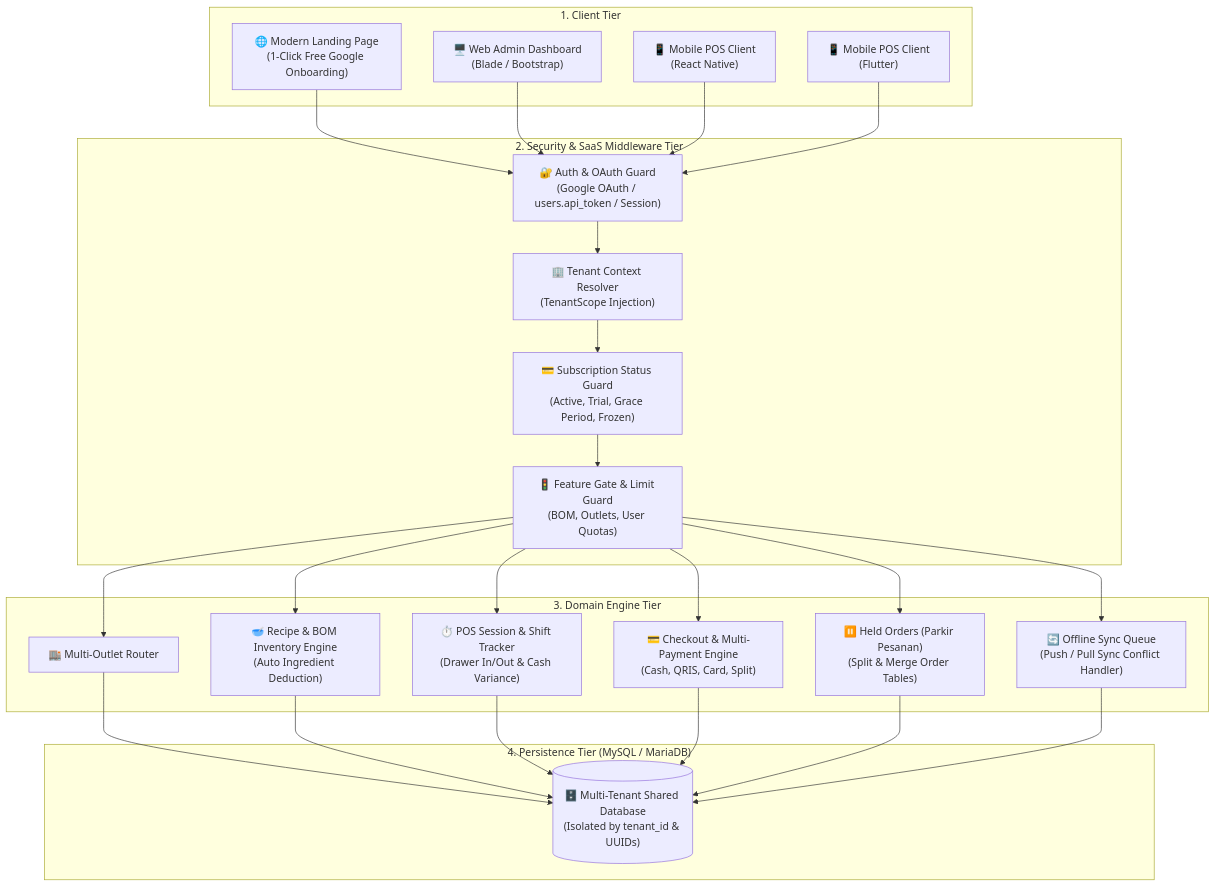
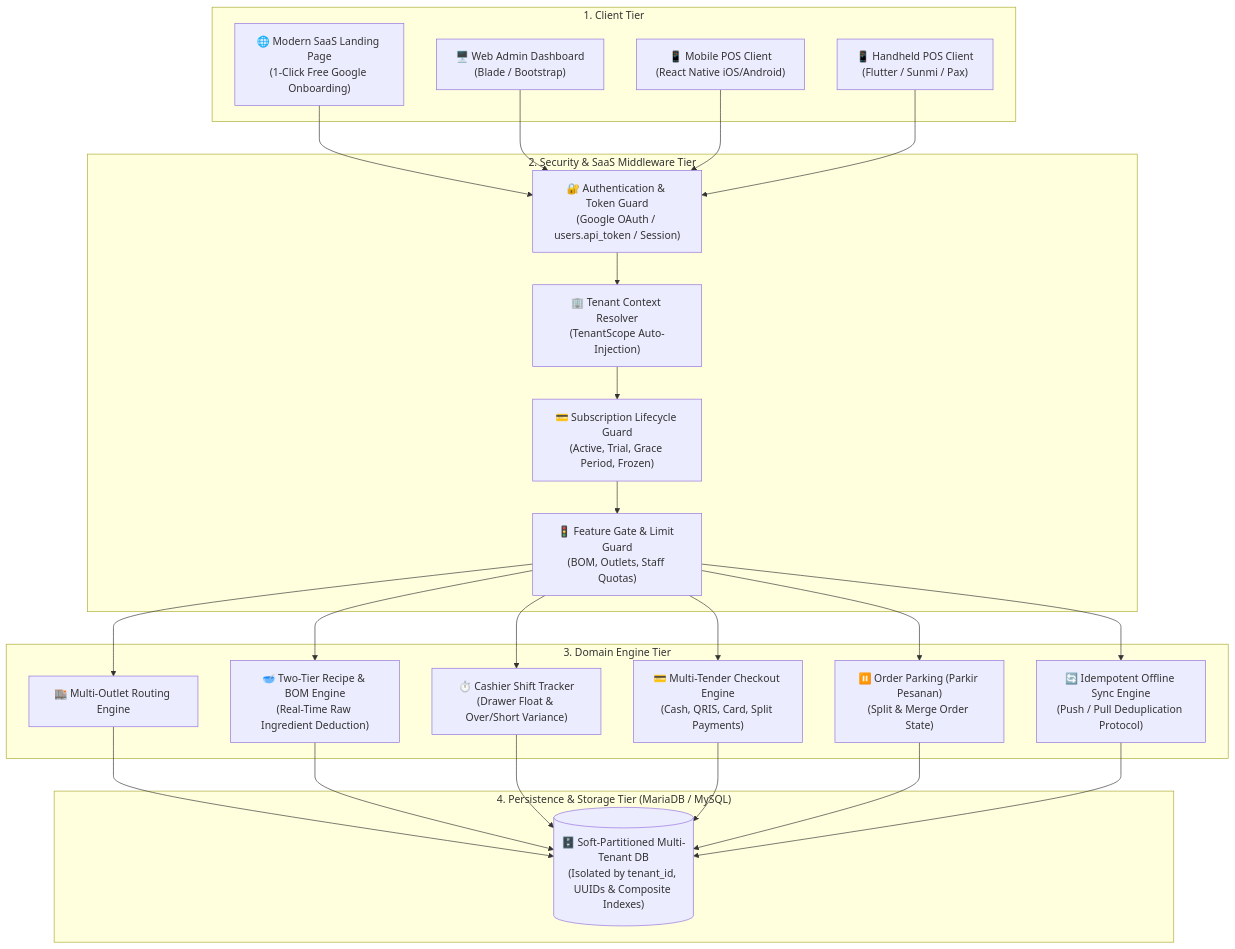
One commit to mfarim/laravel-pos changed the first of 2 diagrams in README.md. Above: the diagram before and after it, drawn with Mermaid. The commit also changed other lines of this file and 2 other files, not shown here.

````diff
--- a/README.md
+++ b/README.md
@@ -38,52 +58,52 @@
 ```mermaid
 graph TD
     subgraph Clients["1. Client Tier"]
-        LANDING["🌐 Modern Landing Page\n(1-Click Free Google Onboarding)"]
+        LANDING["🌐 Modern SaaS Landing Page\n(1-Click Free Google Onboarding)"]
         WEB["🖥️ Web Admin Dashboard\n(Blade / Bootstrap)"]
-        RN["📱 Mobile POS Client\n(React Native)"]
-        FLUTTER["📱 Mobile POS Client\n(Flutter)"]
+        RN["📱 Mobile POS Client\n(React Native iOS/Android)"]
+        FLUTTER["📱 Handheld POS Client\n(Flutter / Sunmi / Pax)"]
     end
 
     subgraph MiddlewareTier["2. Security & SaaS Middleware Tier"]
-        AUTH["🔐 Auth & OAuth Guard\n(Google OAuth / users.api_token / Session)"]
-        TENANT["🏢 Tenant Context Resolver\n(TenantScope Injection)"]
-        SUBS["💳 Subscription Status Guard\n(Active, Trial, Grace Period, Frozen)"]
-        FEATURE["🚦 Feature Gate & Limit Guard\n(BOM, Outlets, User Quotas)"]
+        AUTH["🔐 Authentication & Token Guard\n(Google OAuth / users.api_token / Session)"]
+        TENANT["🏢 Tenant Context Resolver\n(TenantScope Auto-Injection)"]
+        SUBS["💳 Subscription Lifecycle Guard\n(Active, Trial, Grace Period, Frozen)"]
+        FEATURE["🚦 Feature Gate & Limit Guard\n(BOM, Outlets, Staff Quotas)"]
     end
 
     subgraph CoreEngine["3. Domain Engine Tier"]
-        OUTLET_MGR["🏬 Multi-Outlet Router"]
-        BOM_ENGINE["🥣 Recipe & BOM Inventory Engine\n(Auto Ingredient Deduction)"]
-        SHIFT_ENGINE["⏱️ POS Session & Shift Tracker\n(Drawer In/Out & Cash Variance)"]
-        CHECKOUT_ENGINE["💳 Checkout & Multi-Payment Engine\n(Cash, QRIS, Card, Split)"]
-        PARK_ENGINE["⏸️ Held Orders (Parkir Pesanan)\n(Split & Merge Order Tables)"]
-        SYNC_ENGINE["🔄 Offline Sync Queue\n(Push / Pull Sync Conflict Handler)"]
+        OUTLET_MGR["🏬 Multi-Outlet Routing Engine"]
+        BOM_ENGINE["🥣 Two-Tier Recipe & BOM Engine\n(Real-Time Raw Ingredient Deduction)"]
+        SHIFT_ENGINE["⏱️ Cashier Shift Tracker\n(Drawer Float & Over/Short Variance)"]
+        CHECKOUT_ENGINE["💳 Multi-Tender Checkout Engine\n(Cash, QRIS, Card, Split Payments)"]
+        PARK_ENGINE["⏸️ Order Parking (Parkir Pesanan)\n(Split & Merge Order State)"]
+        SYNC_ENGINE["🔄 Idempotent Offline Sync Engine\n(Push / Pull Deduplication Protocol)"]
     end
 
-    subgraph StorageTier["4. Persistence Tier (MySQL / MariaDB)"]
-        DB[("🗄️ Multi-Tenant Shared Database\n(Isolated by tenant_id & UUIDs)")]
+    subgraph StorageTier["4. Persistence & Storage Tier (MariaDB / MySQL)"]
+        DB[("🗄️ Soft-Partitioned Multi-Tenant DB\n(Isolated by tenant_id, UUIDs & Composite Indexes)")]
     end
 
     LANDING --> AUTH
     WEB --> AUTH
     RN --> AUTH
     FLUTTER --> AUTH
 
     AUTH --> TENANT
     TENANT --> SUBS
     SUBS --> FEATURE
 
     FEATURE --> OUTLET_MGR
     FEATURE --> BOM_ENGINE
     FEATURE --> SHIFT_ENGINE
     FEATURE --> CHECKOUT_ENGINE
     FEATURE --> PARK_ENGINE
     FEATURE --> SYNC_ENGINE
 
     OUTLET_MGR --> DB
     BOM_ENGINE --> DB
     SHIFT_ENGINE --> DB
     CHECKOUT_ENGINE --> DB
     PARK_ENGINE --> DB
     SYNC_ENGINE --> DB
 ```
````
